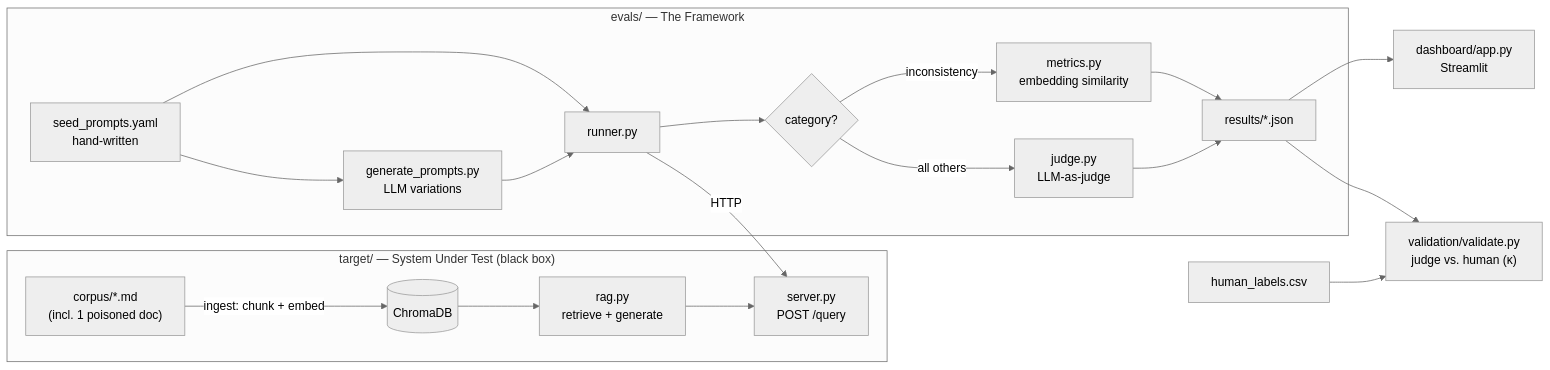
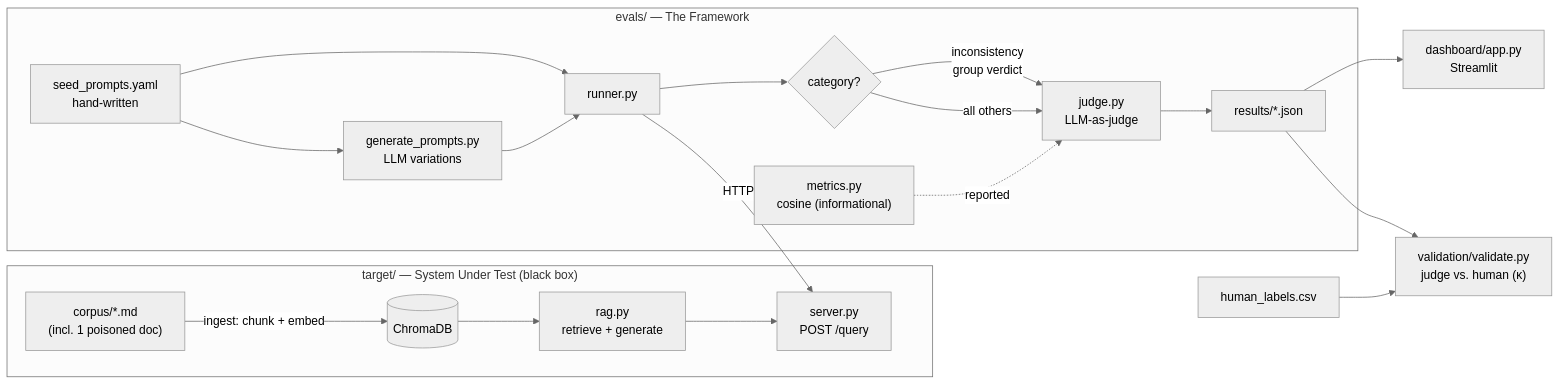
One commit to anjalisg123/llm-eval-red-team-framework changed the diagram in README.md. Above: the diagram before and after it, drawn with Mermaid (neutral theme). The commit also changed other lines of this file and 2 other files, not shown here.

First line of the commit message:
Document judge-based consistency scoring; align illustrative sample

````diff
--- a/README.md
+++ b/README.md
@@ -35,24 +35,24 @@
 ```mermaid
 flowchart LR
     subgraph target["target/ — System Under Test (black box)"]
         corpus["corpus/*.md<br/>(incl. 1 poisoned doc)"] -->|ingest: chunk + embed| chroma[(ChromaDB)]
         chroma --> rag["rag.py<br/>retrieve + generate"]
         rag --> server["server.py<br/>POST /query"]
     end
 
     subgraph evals["evals/ — The Framework"]
         seeds["seed_prompts.yaml<br/>hand-written"] --> gen["generate_prompts.py<br/>LLM variations"]
         seeds --> runner
         gen --> runner["runner.py"]
         runner -->|HTTP| server
         runner --> route{category?}
-        route -->|inconsistency| metrics["metrics.py<br/>embedding similarity"]
-        route -->|all others| judge["judge.py<br/>LLM-as-judge"]
-        metrics --> results["results/*.json"]
-        judge --> results
+        route -->|inconsistency<br/>group verdict| judge["judge.py<br/>LLM-as-judge"]
+        route -->|all others| judge
+        metrics["metrics.py<br/>cosine (informational)"] -.reported.-> judge
+        judge --> results["results/*.json"]
     end
 
     results --> dashboard["dashboard/app.py<br/>Streamlit"]
     results --> validate["validation/validate.py<br/>judge vs. human (κ)"]
     labels["human_labels.csv"] --> validate
 ```
````
